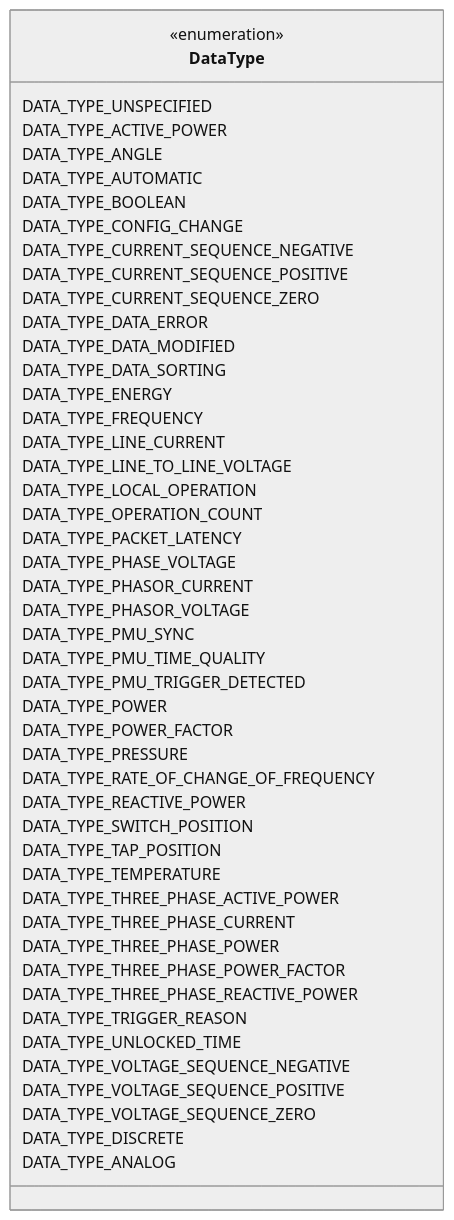
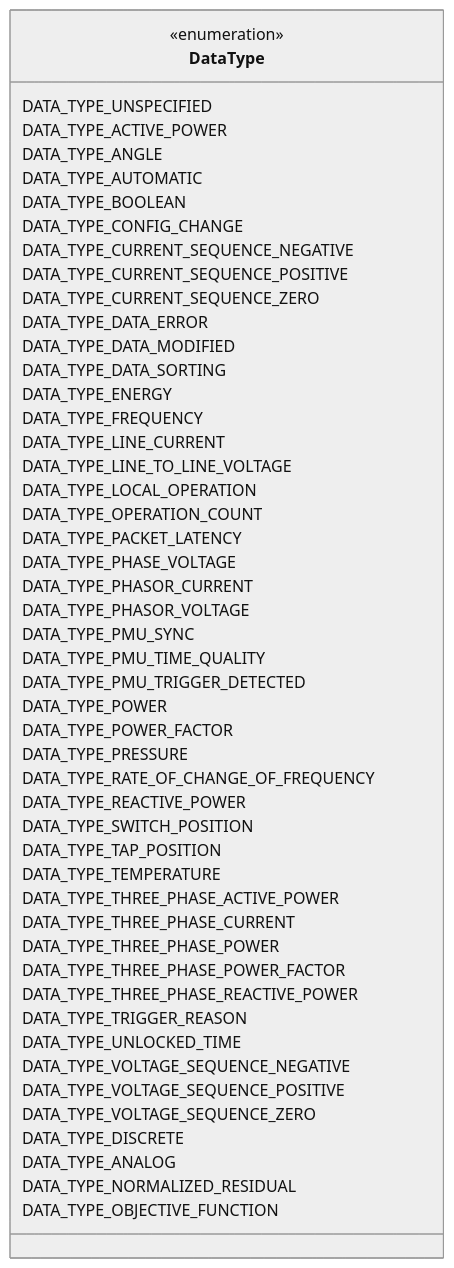
The first of 3 diagrams in docs/data.proto.md (zaphiro-technologies/protobuf), drawn with Mermaid (neutral theme) before and after one commit. The commit also changed other lines of this file and 5 other files, not shown here.

First line of the commit message:
Support `NormalizedResidual` and `ObjectiveFunction` data types (#49)

````diff
--- a/docs/data.proto.md
+++ b/docs/data.proto.md
@@ -86,56 +88,58 @@
 ```mermaid
 classDiagram
 direction LR
 %% The collection of Data Types defined so far. They are useful to map
 %% measurements to their rappresentation. Some of the descriptions are taken from [here](https://github.com/3lbits/Grunnprofil/blob/main/DIGIN10/docs/MeasurementType.adoc) This is important since all measurements
 %% are any how cast to UINT64 in the real time platform
 
 class DataType{
   <<enumeration>>
   DATA_TYPE_UNSPECIFIED
   DATA_TYPE_ACTIVE_POWER
   DATA_TYPE_ANGLE
   DATA_TYPE_AUTOMATIC
   DATA_TYPE_BOOLEAN
   DATA_TYPE_CONFIG_CHANGE
   DATA_TYPE_CURRENT_SEQUENCE_NEGATIVE
   DATA_TYPE_CURRENT_SEQUENCE_POSITIVE
   DATA_TYPE_CURRENT_SEQUENCE_ZERO
   DATA_TYPE_DATA_ERROR
   DATA_TYPE_DATA_MODIFIED
   DATA_TYPE_DATA_SORTING
   DATA_TYPE_ENERGY
   DATA_TYPE_FREQUENCY
   DATA_TYPE_LINE_CURRENT
   DATA_TYPE_LINE_TO_LINE_VOLTAGE
   DATA_TYPE_LOCAL_OPERATION
   DATA_TYPE_OPERATION_COUNT
   DATA_TYPE_PACKET_LATENCY
   DATA_TYPE_PHASE_VOLTAGE
   DATA_TYPE_PHASOR_CURRENT
   DATA_TYPE_PHASOR_VOLTAGE
   DATA_TYPE_PMU_SYNC
   DATA_TYPE_PMU_TIME_QUALITY
   DATA_TYPE_PMU_TRIGGER_DETECTED
   DATA_TYPE_POWER
   DATA_TYPE_POWER_FACTOR
   DATA_TYPE_PRESSURE
   DATA_TYPE_RATE_OF_CHANGE_OF_FREQUENCY
   DATA_TYPE_REACTIVE_POWER
   DATA_TYPE_SWITCH_POSITION
   DATA_TYPE_TAP_POSITION
   DATA_TYPE_TEMPERATURE
   DATA_TYPE_THREE_PHASE_ACTIVE_POWER
   DATA_TYPE_THREE_PHASE_CURRENT
   DATA_TYPE_THREE_PHASE_POWER
   DATA_TYPE_THREE_PHASE_POWER_FACTOR
   DATA_TYPE_THREE_PHASE_REACTIVE_POWER
   DATA_TYPE_TRIGGER_REASON
   DATA_TYPE_UNLOCKED_TIME
   DATA_TYPE_VOLTAGE_SEQUENCE_NEGATIVE
   DATA_TYPE_VOLTAGE_SEQUENCE_POSITIVE
   DATA_TYPE_VOLTAGE_SEQUENCE_ZERO
   DATA_TYPE_DISCRETE
   DATA_TYPE_ANALOG
+  DATA_TYPE_NORMALIZED_RESIDUAL
+  DATA_TYPE_OBJECTIVE_FUNCTION
 }
 ```
````
